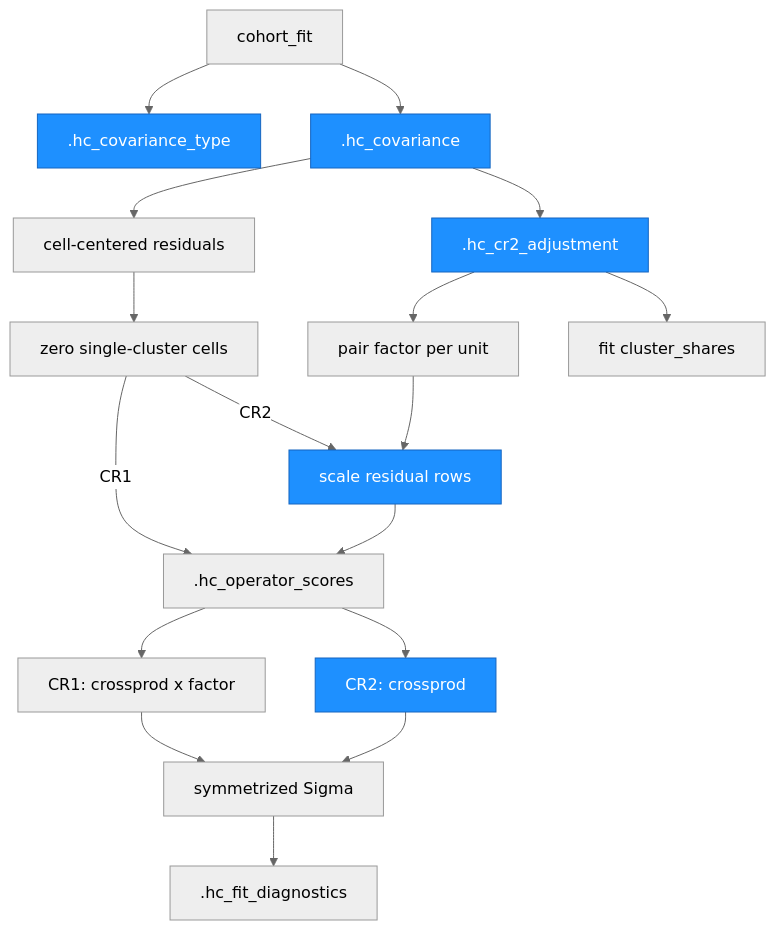
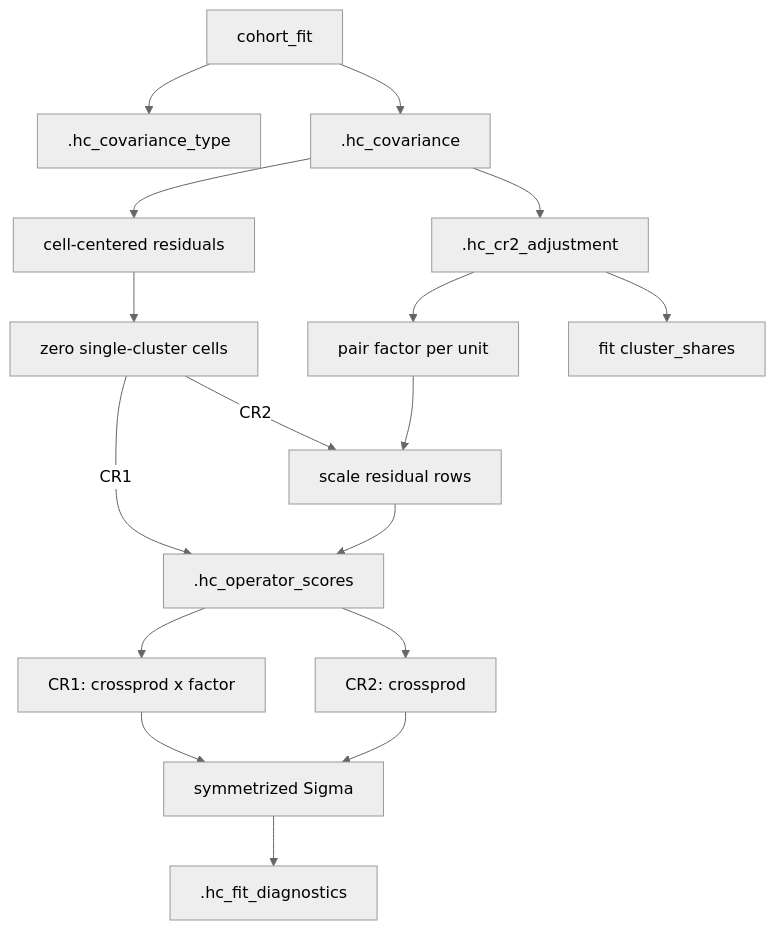
One commit to lzy318/CohortHonestDiD changed the third of 8 diagrams in Architecture.md. Above: the diagram before and after it, drawn with Mermaid. The commit also changed other lines of this file and 7 other files, not shown here.

````diff
--- a/Architecture.md
+++ b/Architecture.md
@@ -299,25 +265,20 @@
 ```mermaid
 %%{init: {'theme': 'neutral'}}%%
 graph TD
     Fit["cohort_fit"] --> Type[".hc_covariance_type"]
     Fit --> Cov[".hc_covariance"]
     Cov --> Resid["cell-centered residuals"]
     Resid --> Zero["zero single-cluster cells"]
     Cov --> Adj[".hc_cr2_adjustment"]
     Adj --> Factor["pair factor per unit"]
     Adj --> Shares["fit cluster_shares"]
     Zero -- CR2 --> Scale["scale residual rows"]
     Factor --> Scale
     Zero -- CR1 --> Scores[".hc_operator_scores"]
     Scale --> Scores
     Scores --> CR1["CR1: crossprod x factor"]
     Scores --> CR2["CR2: crossprod"]
     CR1 --> Sigma["symmetrized Sigma"]
     CR2 --> Sigma
     Sigma --> Diag[".hc_fit_diagnostics"]
-    style Type fill:#1e90ff,stroke:#1565c0,color:#fff
-    style Cov fill:#1e90ff,stroke:#1565c0,color:#fff
-    style Adj fill:#1e90ff,stroke:#1565c0,color:#fff
-    style Scale fill:#1e90ff,stroke:#1565c0,color:#fff
-    style CR2 fill:#1e90ff,stroke:#1565c0,color:#fff
 ```
````
